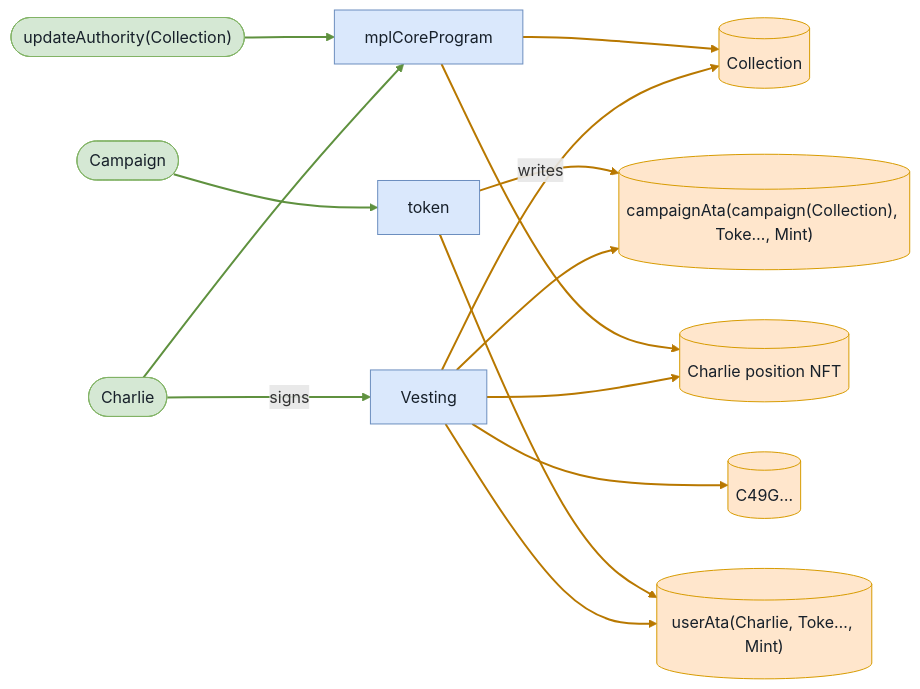
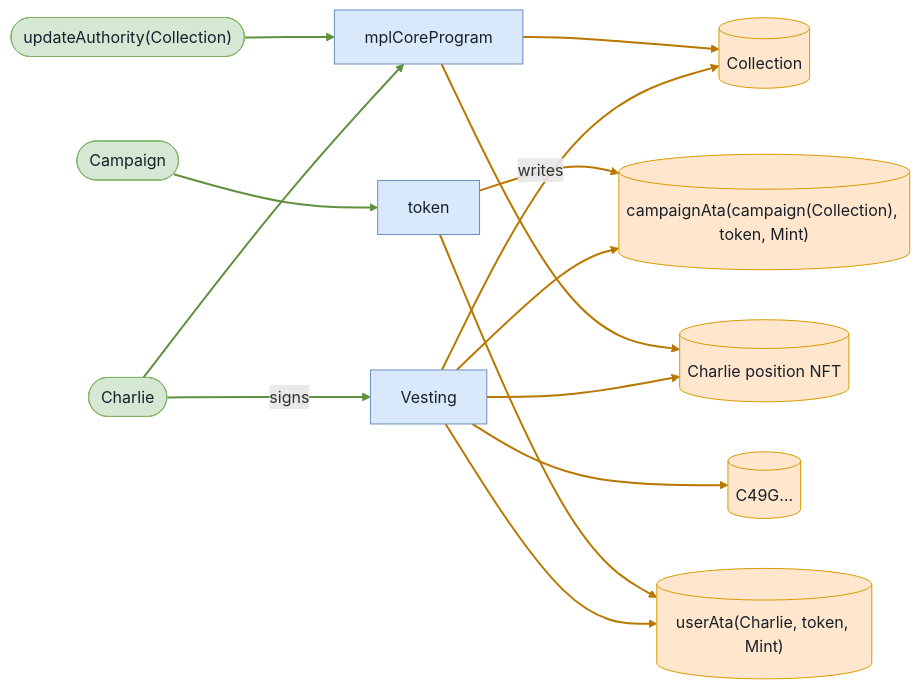
Before and after one commit to cds-turbin3/vesting-position: diagram 26 of 36 in md-reports-babelfish/full_lifecycle.md, drawn with Mermaid. The commit also changed other lines of this file and 104 other files, not shown here.

````diff
--- a/md-reports-babelfish/full_lifecycle.md
+++ b/md-reports-babelfish/full_lifecycle.md
@@ -1105,32 +1105,32 @@
 ```mermaid
 flowchart LR
     Vesting["Vesting"]:::program
     Charlie(["Charlie"]):::signer
     Collection[("Collection")]:::state
-    campaignAtacampaignCollectionTokeMint[("campaignAta(campaign(Collection), Toke…, Mint)")]:::state
-    userAtaCharlieTokeMint[("userAta(Charlie, Toke…, Mint)")]:::state
+    campaignAtacampaignCollectiontokenMint[("campaignAta(campaign(Collection), token, Mint)")]:::state
+    userAtaCharlietokenMint[("userAta(Charlie, token, Mint)")]:::state
     CharliepositionNFT[("Charlie position NFT")]:::state
     C49G[("C49G…")]:::state
     mplCoreProgram["mplCoreProgram"]:::program
     updateAuthorityCollection(["updateAuthority(Collection)"]):::signer
     token["token"]:::program
     Campaign(["Campaign"]):::signer
     Charlie -->|signs| Vesting
     Vesting -->|writes| Collection
-    Vesting --> campaignAtacampaignCollectionTokeMint
-    Vesting --> userAtaCharlieTokeMint
+    Vesting --> campaignAtacampaignCollectiontokenMint
+    Vesting --> userAtaCharlietokenMint
     Vesting --> CharliepositionNFT
     Vesting --> C49G
     mplCoreProgram --> CharliepositionNFT
     mplCoreProgram --> Collection
     Charlie --> mplCoreProgram
     updateAuthorityCollection --> mplCoreProgram
-    token --> campaignAtacampaignCollectionTokeMint
-    token --> userAtaCharlieTokeMint
+    token --> campaignAtacampaignCollectiontokenMint
+    token --> userAtaCharlietokenMint
     Campaign --> token
     classDef program fill:#dae8fc,stroke:#6c8ebf,color:#17202a;
     classDef signer fill:#d5e8d4,stroke:#82b366,color:#17202a;
     classDef state fill:#ffe6cc,stroke:#d79b00,color:#17202a;
     linkStyle 0,8,9,12 stroke:#5f913f,stroke-width:2px
     linkStyle 1,2,3,4,5,6,7,10,11 stroke:#b87800,stroke-width:2px
 ```
````
